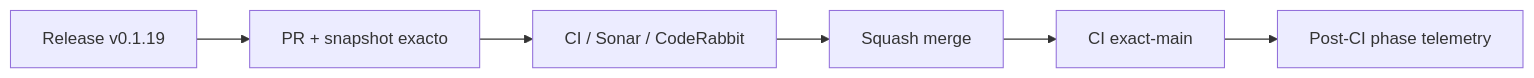
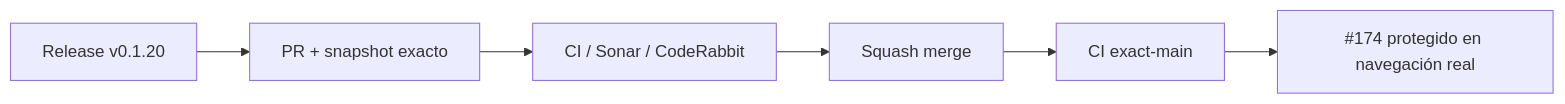
The diagram in README.md (pl0n3r/brvtal), drawn with Mermaid before and after one commit. The commit also changed other lines of this file and 7 other files, not shown here.

````diff
--- a/README.md
+++ b/README.md
@@ -47,8 +48,8 @@
 ```mermaid
 flowchart LR
- A["Release v0.1.19"] --> P["PR + snapshot exacto"]
+ A["Release v0.1.20"] --> P["PR + snapshot exacto"]
  P --> Q["CI / Sonar / CodeRabbit"]
  Q --> M["Squash merge"]
  M --> X["CI exact-main"]
- X --> T["Post-CI phase telemetry"]
+ X --> N["#174 protegido en navegación real"]
 ```
````
